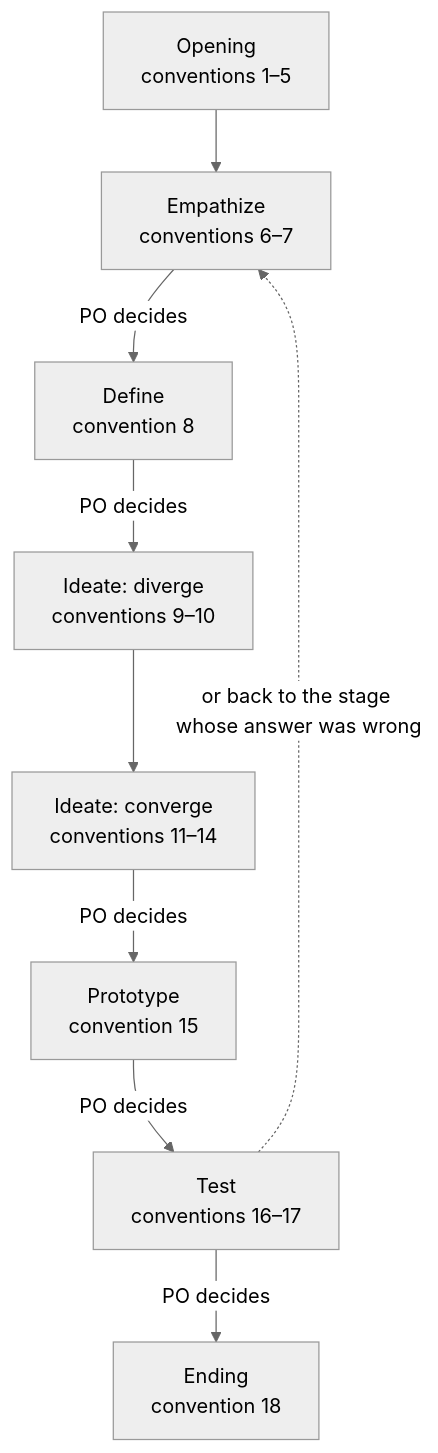
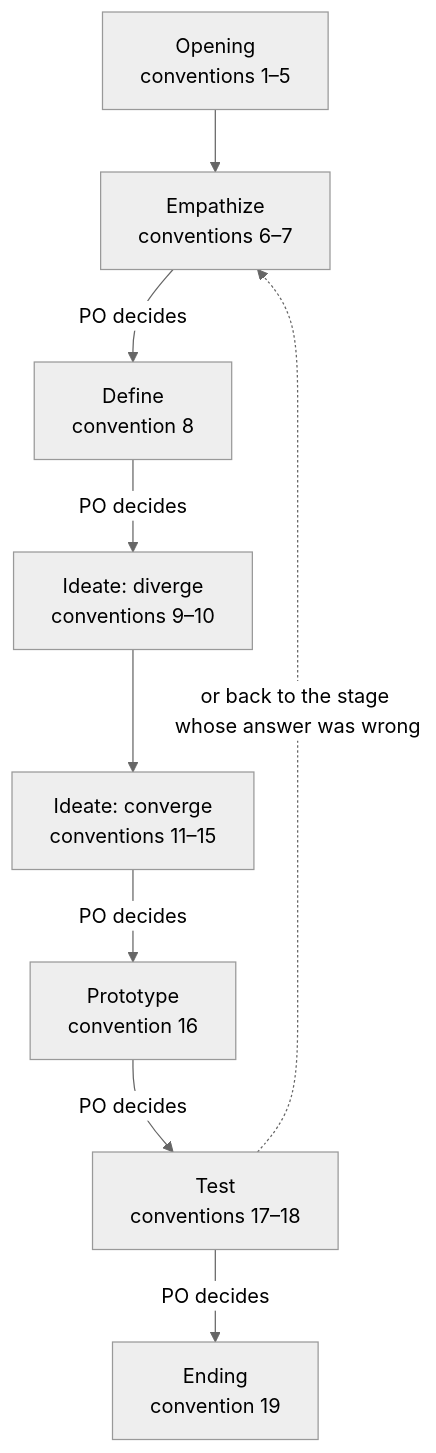
Before and after one commit to seapawn1/IDEO-Scrum: the third of 3 diagrams in scrum/sprint-17-conventions-rewrite/outline.md, drawn with Mermaid (neutral theme). The commit also changed other lines of this file and 2 other files, not shown here.

````diff
--- a/scrum/sprint-17-conventions-rewrite/outline.md
+++ b/scrum/sprint-17-conventions-rewrite/outline.md
@@ -101,11 +111,11 @@
 ```mermaid
 flowchart TD
     A["Opening<br/>conventions 1–5"] --> B["Empathize<br/>conventions 6–7"]
     B -- "PO decides" --> C["Define<br/>convention 8"]
     C -- "PO decides" --> D["Ideate: diverge<br/>conventions 9–10"]
-    D --> E["Ideate: converge<br/>conventions 11–14"]
-    E -- "PO decides" --> F["Prototype<br/>convention 15"]
-    F -- "PO decides" --> G["Test<br/>conventions 16–17"]
-    G -- "PO decides" --> H["Ending<br/>convention 18"]
+    D --> E["Ideate: converge<br/>conventions 11–15"]
+    E -- "PO decides" --> F["Prototype<br/>convention 16"]
+    F -- "PO decides" --> G["Test<br/>conventions 17–18"]
+    G -- "PO decides" --> H["Ending<br/>convention 19"]
     G -. "or back to the stage whose answer was wrong" .-> B
 ```
````
